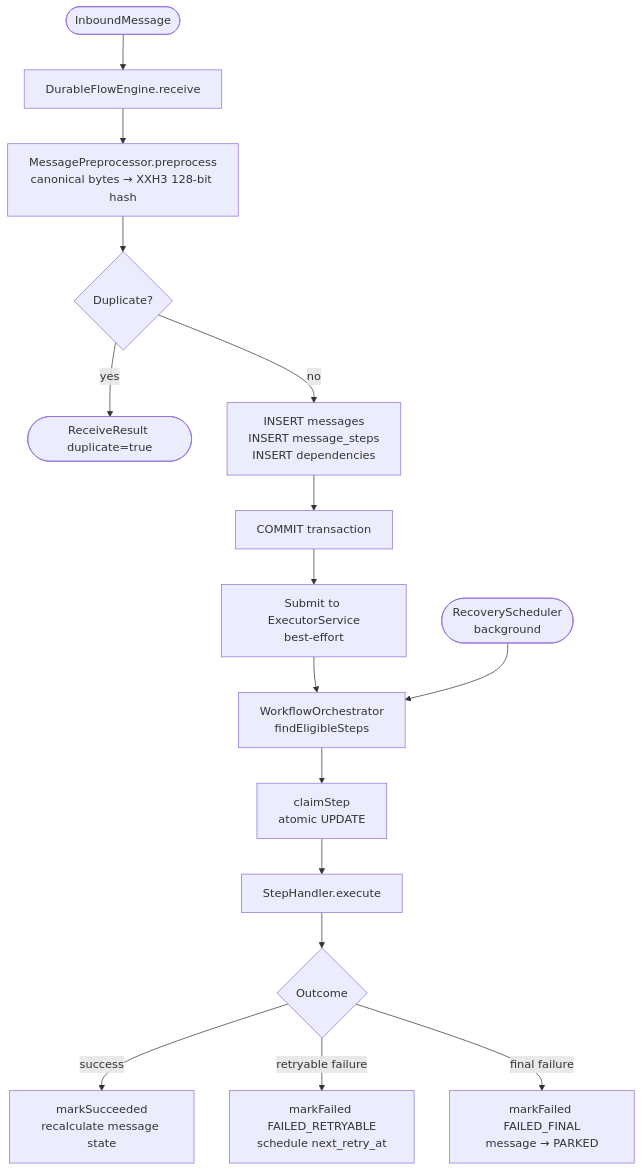
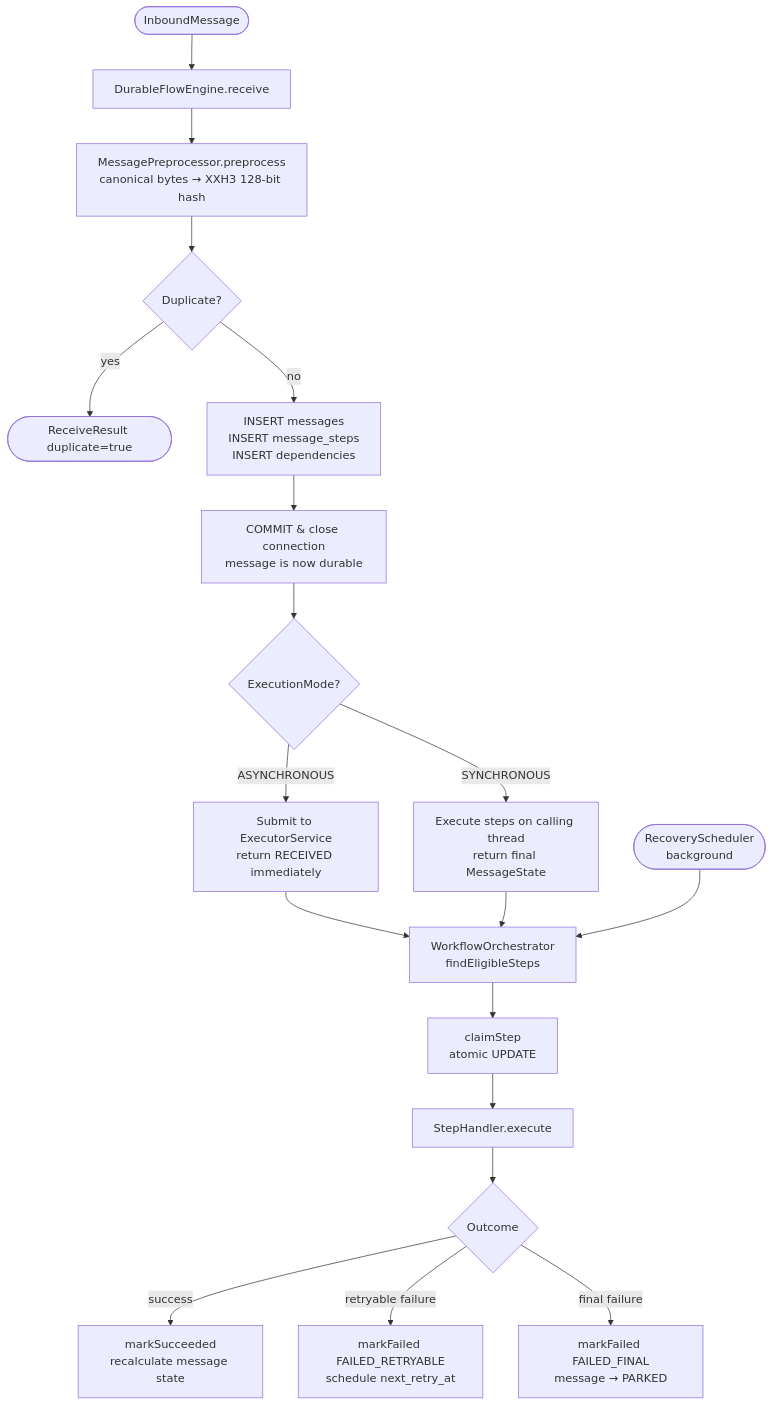
Before and after one commit to rrobetti/durable-flow: the first of 4 diagrams in README.md, drawn with Mermaid. The commit also changed other lines of this file and 3 other files, not shown here.

````diff
--- a/README.md
+++ b/README.md
@@ -60,18 +60,21 @@
 ```mermaid
 flowchart TD
     A([InboundMessage]) --> B[DurableFlowEngine.receive]
     B --> C[MessagePreprocessor.preprocess\ncanonical bytes → XXH3 128-bit hash]
     C --> D{Duplicate?}
     D -- yes --> E([ReceiveResult duplicate=true])
     D -- no --> F[INSERT messages\nINSERT message_steps\nINSERT dependencies]
-    F --> G[COMMIT transaction]
-    G --> H[Submit to ExecutorService\nbest-effort]
-    H --> I[WorkflowOrchestrator\nfindEligibleSteps]
+    F --> G[COMMIT & close connection\nmessage is now durable]
+    G --> H{ExecutionMode?}
+    H -- ASYNCHRONOUS --> HA[Submit to ExecutorService\nreturn RECEIVED immediately]
+    H -- SYNCHRONOUS --> HS[Execute steps on calling thread\nreturn final MessageState]
+    HA --> I[WorkflowOrchestrator\nfindEligibleSteps]
+    HS --> I
     J([RecoveryScheduler\nbackground]) --> I
     I --> K[claimStep\natomic UPDATE]
     K --> L[StepHandler.execute]
     L --> M{Outcome}
     M -- success --> N[markSucceeded\nrecalculate message state]
     M -- retryable failure --> O[markFailed FAILED_RETRYABLE\nschedule next_retry_at]
     M -- final failure --> P[markFailed FAILED_FINAL\nmessage → PARKED]
 ```
````
